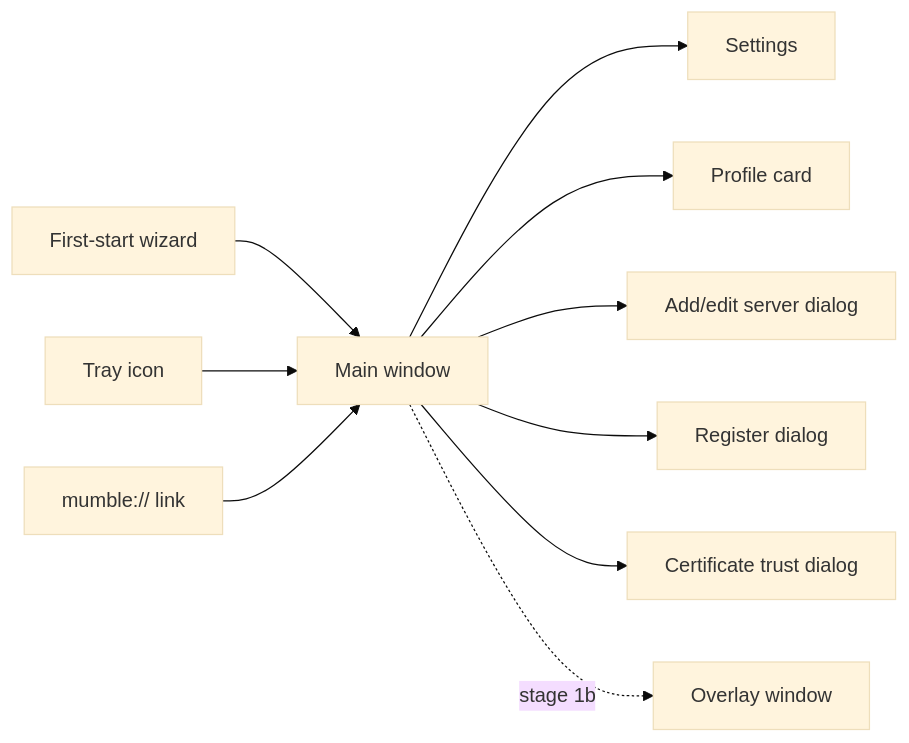
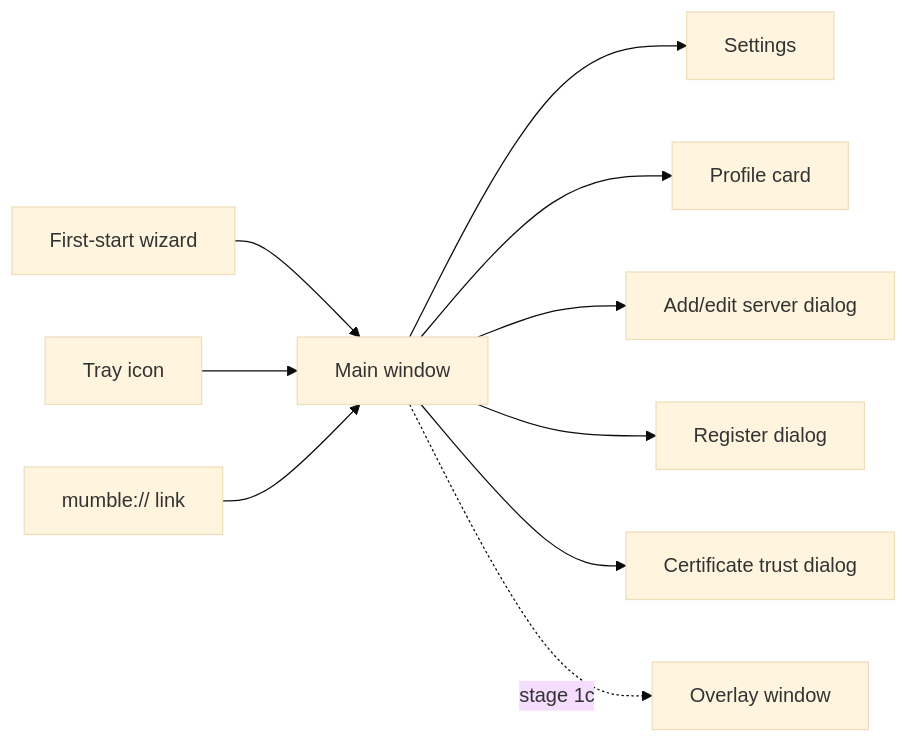
One commit to Mumcord/mumcord changed the first of 4 diagrams in specs/01-foundation-specification.md. Above: the diagram before and after it, drawn with Mermaid (base theme). The commit also changed other lines of this file and 2 other files, not shown here.

First line of the commit message:
docs(spec): split chat features (stage 1b) from in-game features (stage 1c)

````diff
--- a/specs/01-foundation-specification.md
+++ b/specs/01-foundation-specification.md
@@ -145,12 +148,12 @@
 ```mermaid
 flowchart LR
     W[First-start wizard] --> M[Main window]
     M --> S[Settings]
     M --> P[Profile card]
     M --> A[Add/edit server dialog]
     M --> R[Register dialog]
     M --> C[Certificate trust dialog]
     T[Tray icon] --> M
     L[mumble:// link] --> M
-    M -. stage 1b .-> O[Overlay window]
+    M -. stage 1c .-> O[Overlay window]
 ```
````
